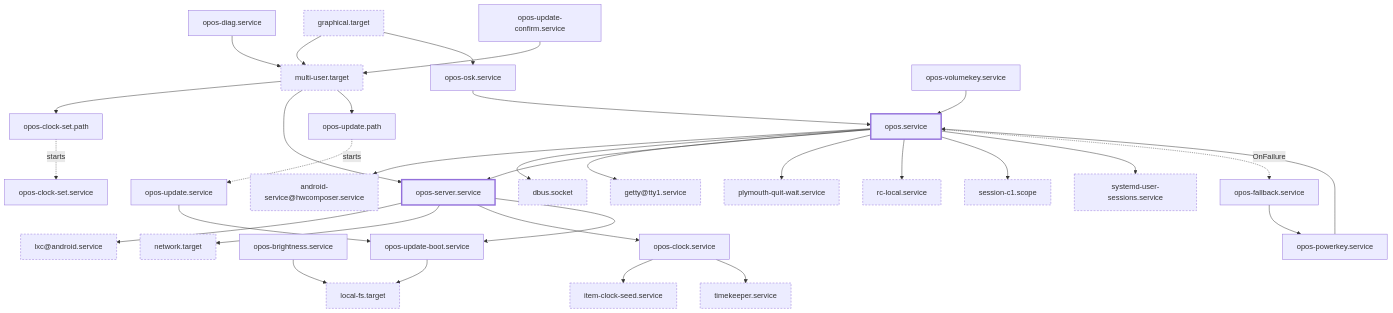
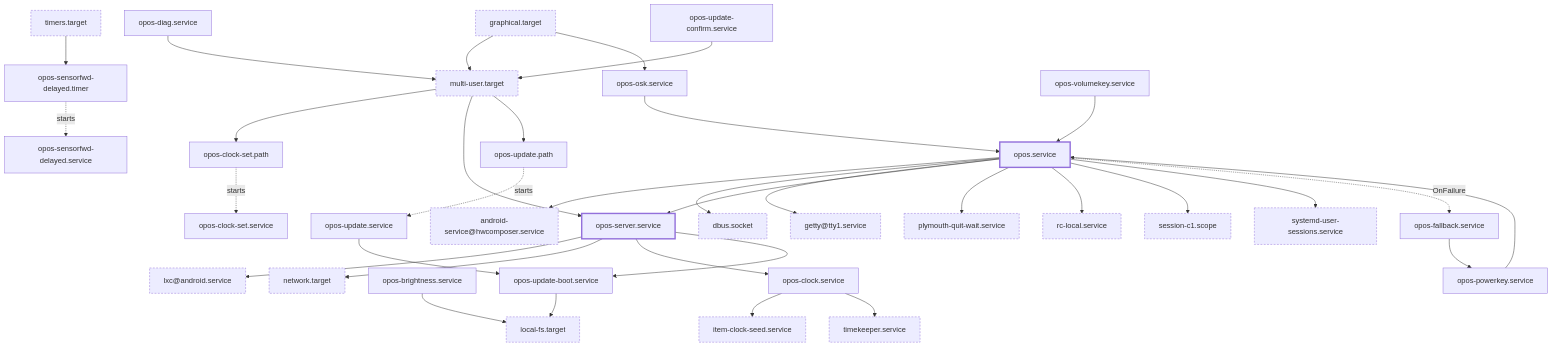
The second of 2 diagrams in docs/os-architecture.md (louiscalata/old-phone-os), drawn with Mermaid before and after one commit. The commit also changed other lines of this file and 12 other files, not shown here.

````diff
--- a/docs/os-architecture.md
+++ b/docs/os-architecture.md
@@ -135,67 +140,72 @@
 ```mermaid
 flowchart TD
   android_service_hwcomposer_service["android-service@hwcomposer.service"]
   dbus_socket["dbus.socket"]
   getty_tty1_service["getty@tty1.service"]
   graphical_target["graphical.target"]
   item_clock_seed_service["item-clock-seed.service"]
   local_fs_target["local-fs.target"]
   lxc_android_service["lxc@android.service"]
   multi_user_target["multi-user.target"]
   network_target["network.target"]
   opos_brightness_service["opos-brightness.service"]
   opos_clock_set_path["opos-clock-set.path"]
   opos_clock_set_service["opos-clock-set.service"]
   opos_clock_service["opos-clock.service"]
   opos_diag_service["opos-diag.service"]
   opos_fallback_service["opos-fallback.service"]
   opos_osk_service["opos-osk.service"]
   opos_powerkey_service["opos-powerkey.service"]
+  opos_sensorfwd_delayed_service["opos-sensorfwd-delayed.service"]
+  opos_sensorfwd_delayed_timer["opos-sensorfwd-delayed.timer"]
   opos_server_service["opos-server.service"]
   opos_update_boot_service["opos-update-boot.service"]
   opos_update_confirm_service["opos-update-confirm.service"]
   opos_update_path["opos-update.path"]
   opos_update_service["opos-update.service"]
   opos_volumekey_service["opos-volumekey.service"]
   opos_service["opos.service"]
   plymouth_quit_wait_service["plymouth-quit-wait.service"]
   rc_local_service["rc-local.service"]
   session_c1_scope["session-c1.scope"]
   systemd_user_sessions_service["systemd-user-sessions.service"]
   timekeeper_service["timekeeper.service"]
+  timers_target["timers.target"]
   graphical_target --> multi_user_target
   graphical_target --> opos_osk_service
   multi_user_target --> opos_clock_set_path
   multi_user_target --> opos_server_service
   multi_user_target --> opos_update_path
   opos_brightness_service --> local_fs_target
   opos_clock_service --> item_clock_seed_service
   opos_clock_service --> timekeeper_service
   opos_clock_set_path -. starts .-> opos_clock_set_service
   opos_diag_service --> multi_user_target
   opos_fallback_service --> opos_powerkey_service
   opos_osk_service --> opos_service
   opos_powerkey_service --> opos_service
+  opos_sensorfwd_delayed_timer -. starts .-> opos_sensorfwd_delayed_service
   opos_server_service --> lxc_android_service
   opos_server_service --> network_target
   opos_server_service --> opos_clock_service
   opos_server_service --> opos_update_boot_service
   opos_service --> android_service_hwcomposer_service
   opos_service --> dbus_socket
   opos_service --> getty_tty1_service
   opos_service --> opos_server_service
   opos_service --> plymouth_quit_wait_service
   opos_service --> rc_local_service
   opos_service --> session_c1_scope
   opos_service --> systemd_user_sessions_service
   opos_service -. OnFailure .-> opos_fallback_service
   opos_update_boot_service --> local_fs_target
   opos_update_confirm_service --> multi_user_target
   opos_update_path -. starts .-> opos_update_service
   opos_update_service --> opos_update_boot_service
   opos_volumekey_service --> opos_service
+  timers_target --> opos_sensorfwd_delayed_timer
   classDef inherited stroke-dasharray: 4 3
   classDef fatal stroke-width: 3px
-  class android_service_hwcomposer_service,dbus_socket,getty_tty1_service,graphical_target,item_clock_seed_service,local_fs_target,lxc_android_service,multi_user_target,network_target,plymouth_quit_wait_service,rc_local_service,session_c1_scope,systemd_user_sessions_service,timekeeper_service inherited
+  class android_service_hwcomposer_service,dbus_socket,getty_tty1_service,graphical_target,item_clock_seed_service,local_fs_target,lxc_android_service,multi_user_target,network_target,plymouth_quit_wait_service,rc_local_service,session_c1_scope,systemd_user_sessions_service,timekeeper_service,timers_target inherited
   class opos_server_service,opos_service fatal
 ```
````
